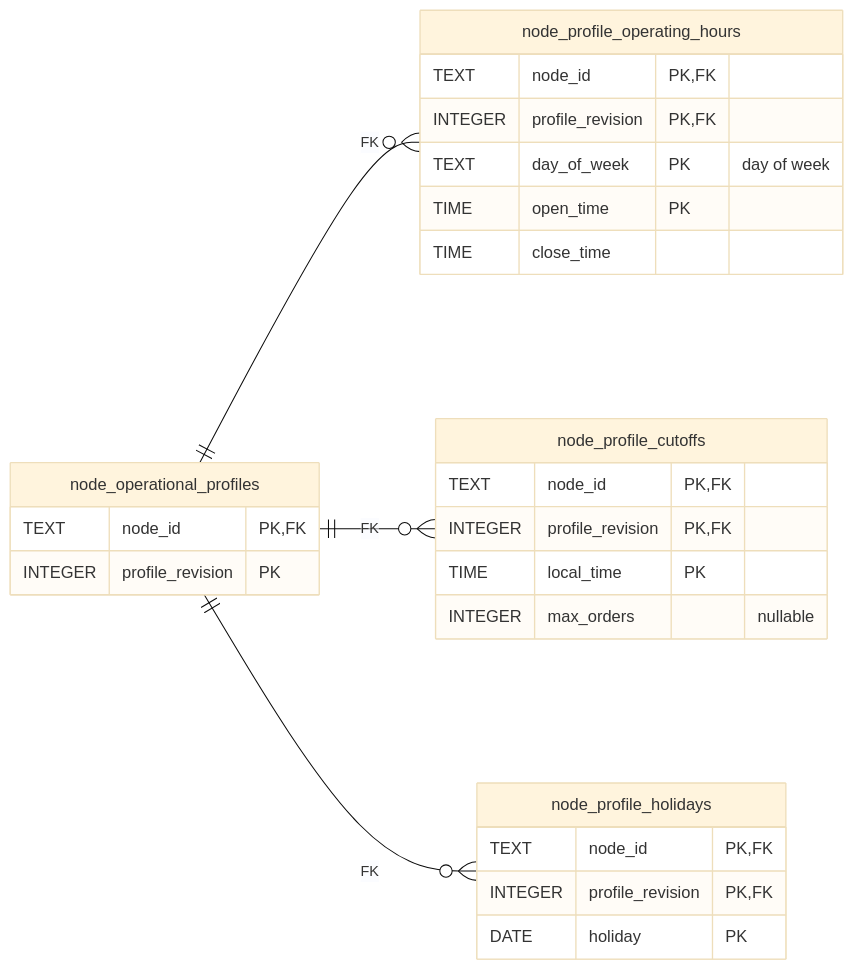
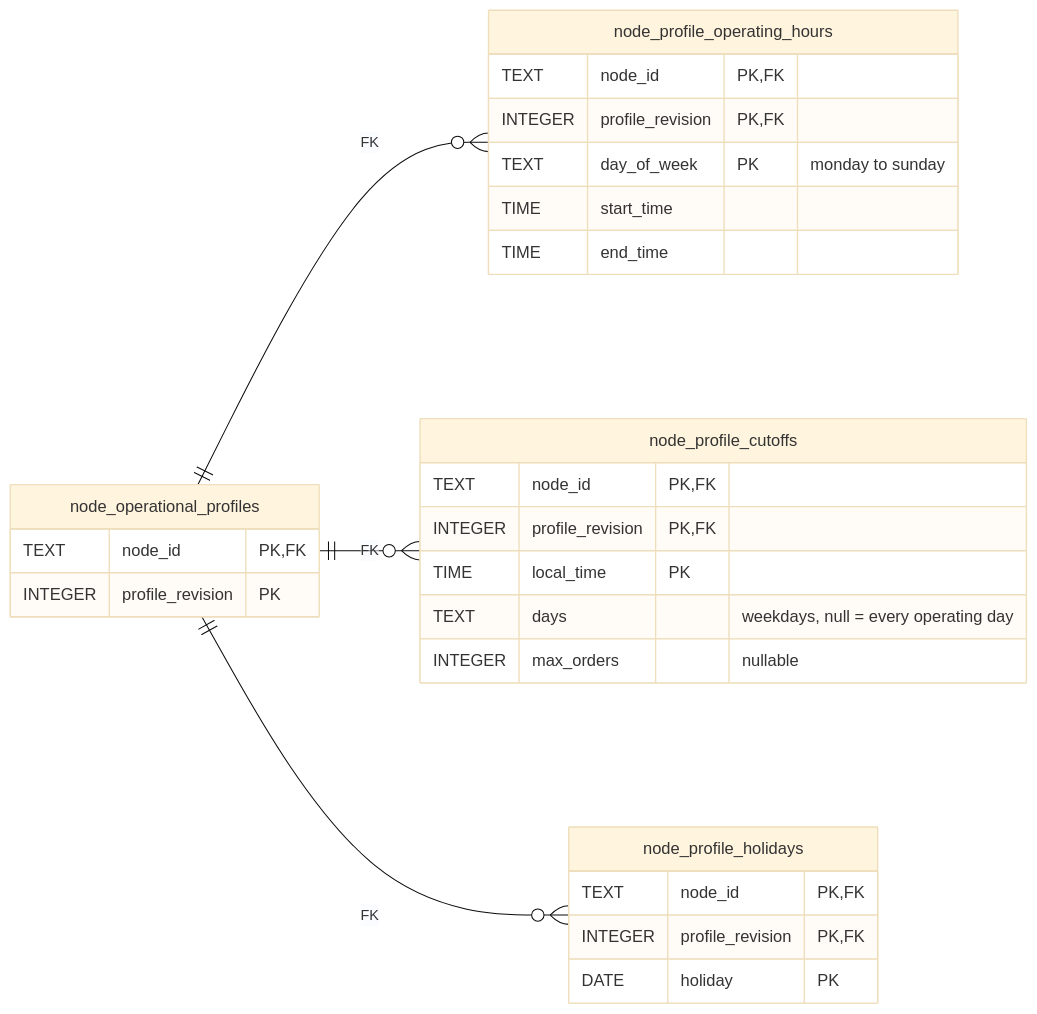
Before and after one commit to IQVO/warehouse-docs: the second of 5 diagrams in docs/contexts/node-topology/entity-relationship.md, drawn with Mermaid (base theme). The commit also changed other lines of this file and 16 other files, not shown here.

Commit message:
docs(node-topology): close gaps G27, G35, G38, G39 in the model and sync the pack and OpenAPI

````diff
--- a/docs/contexts/node-topology/entity-relationship.md
+++ b/docs/contexts/node-topology/entity-relationship.md
@@ -61,29 +61,30 @@
 ```mermaid
 erDiagram
     direction LR
     node_operational_profiles ||--o{ node_profile_operating_hours : "FK"
     node_operational_profiles ||--o{ node_profile_cutoffs : "FK"
     node_operational_profiles ||--o{ node_profile_holidays : "FK"
     node_operational_profiles {
         TEXT node_id PK,FK
         INTEGER profile_revision PK
     }
     node_profile_operating_hours {
         TEXT node_id PK,FK
         INTEGER profile_revision PK,FK
-        TEXT day_of_week PK "day of week"
-        TIME open_time PK
-        TIME close_time
+        TEXT day_of_week PK "monday to sunday"
+        TIME start_time
+        TIME end_time
     }
     node_profile_cutoffs {
         TEXT node_id PK,FK
         INTEGER profile_revision PK,FK
         TIME local_time PK
+        TEXT days "weekdays, null = every operating day"
         INTEGER max_orders "nullable"
     }
     node_profile_holidays {
         TEXT node_id PK,FK
         INTEGER profile_revision PK,FK
         DATE holiday PK
     }
 ```
````
